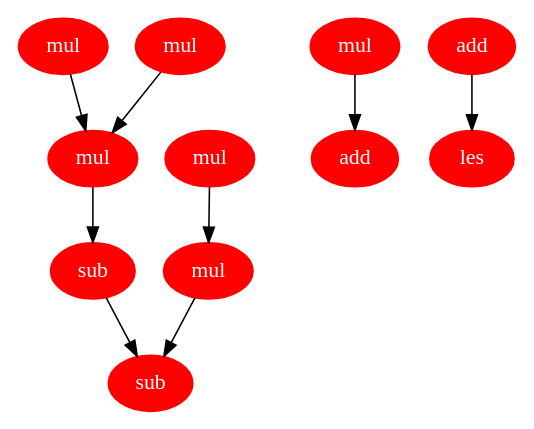
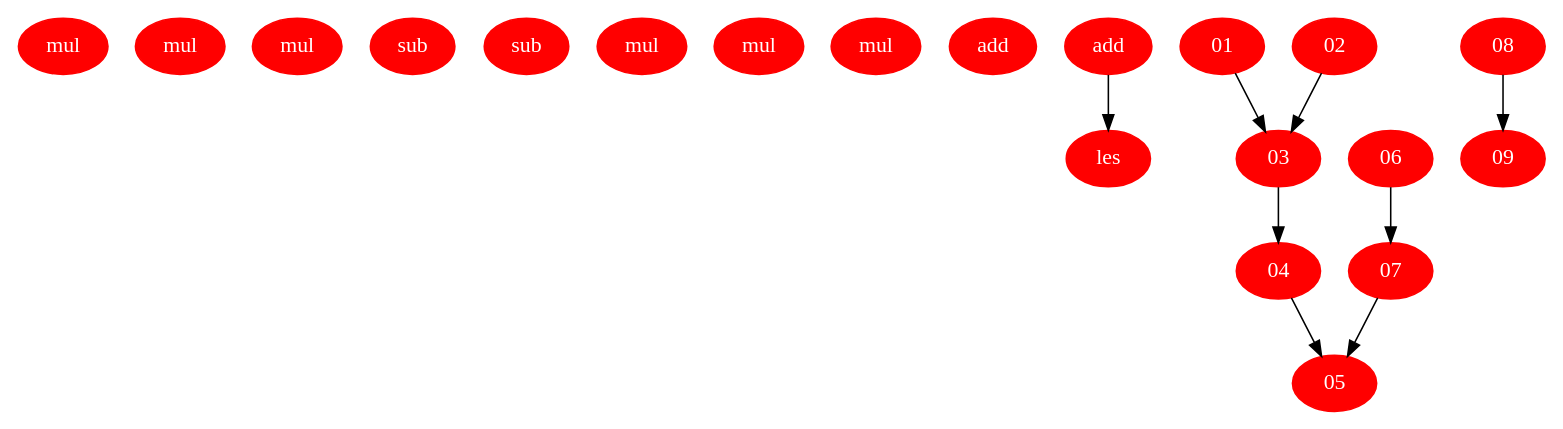
The diagram in benchmark/hal.dot (zephyr2k/project_nitd_clock), drawn with Graphviz before and after one commit. The commit also changed 4 other files, not shown here.

```diff
--- a/benchmark/hal.dot
+++ b/benchmark/hal.dot
@@ -1,22 +1,22 @@
 digraph hal1 {
     node [fontcolor=white,style=filled,color="160,60,176"];
     1 [label = mul];
     2 [label = mul];
     3 [label = mul];
     4 [label = sub];
     5 [label = sub];
     6 [label = mul];
     7 [label = mul];
     8 [label = mul];
     9 [label = add];
     10 [label = add];
     11 [label = les];
-    1 -> 3 [name=16];
-    2 -> 3 [name=14];
-    3 -> 4 [name=20];
-    4 -> 5 [name=24];
-    6 -> 7 [name=17];
-    7 -> 5 [name=22];
-    8 -> 9 [name=15];
+    01 -> 03 [name=16];
+    02 -> 03 [name=14];
+    03 -> 04 [name=20];
+    04 -> 05 [name=24];
+    06 -> 07 [name=17];
+    07 -> 05 [name=22];
+    08 -> 09 [name=15];
     10 -> 11 [name=18];
 }
```
